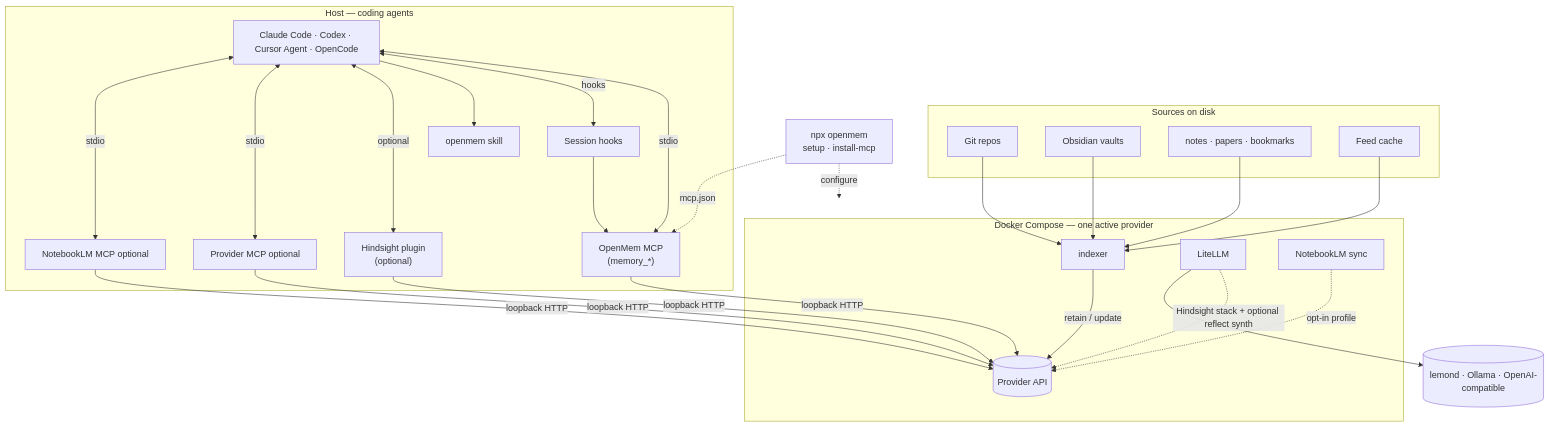
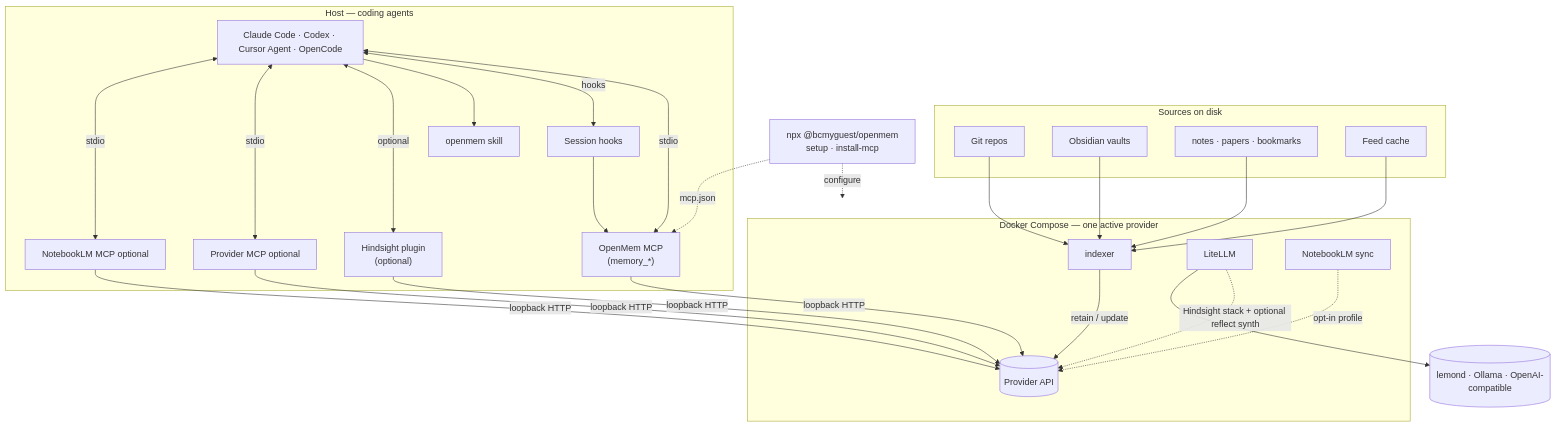
Before and after one commit to bcmyguest/openmem: the diagram in README.md, drawn with Mermaid. The commit also changed other lines of this file and 42 other files, not shown here.

First line of the commit message:
feat(npm): publish as @bcmyguest/openmem; expand docs surface

````diff
--- a/README.md
+++ b/README.md
@@ -52,50 +52,50 @@
 ```mermaid
 flowchart TB
   subgraph disk["Sources on disk"]
     GIT[Git repos]
     OBS[Obsidian vaults]
     MD[notes · papers · bookmarks]
     FEED[Feed cache]
   end
 
   subgraph compose["Docker Compose — one active provider"]
     IDX[indexer]
     PROV[(Provider API)]
     IDX -->|retain / update| PROV
     LIT[LiteLLM]
     NLM[NotebookLM sync]
     LIT -.->|Hindsight stack + optional reflect synth| PROV
     NLM -.->|opt-in profile| PROV
   end
 
   LIT --> LLM[(lemond · Ollama · OpenAI-compatible)]
 
   subgraph host["Host — coding agents"]
     AG[Claude Code · Codex · Cursor Agent · OpenCode]
     UMCP["OpenMem MCP\n(memory_*)"]
     SHIM["Session hooks"]
     PLG["Hindsight plugin\n(optional)"]
     SKILL["openmem skill"]
     PMCP[Provider MCP optional]
     NLMCP[NotebookLM MCP optional]
   end
 
   GIT --> IDX
   OBS --> IDX
   MD --> IDX
   FEED --> IDX
   AG <-->|stdio| UMCP
   AG <-->|hooks| SHIM
   AG --> SKILL
   AG <-->|optional| PLG
   SHIM --> UMCP
   AG <-->|stdio| PMCP
   AG <-->|stdio| NLMCP
   UMCP -->|loopback HTTP| PROV
   PLG -->|loopback HTTP| PROV
   PMCP -->|loopback HTTP| PROV
   NLMCP -->|loopback HTTP| PROV
 
-  W["npx openmem\nsetup · install-mcp"] -.->|configure| compose
+  W["npx @bcmyguest/openmem\nsetup · install-mcp"] -.->|configure| compose
   W -.->|mcp.json| UMCP
 ```
````
